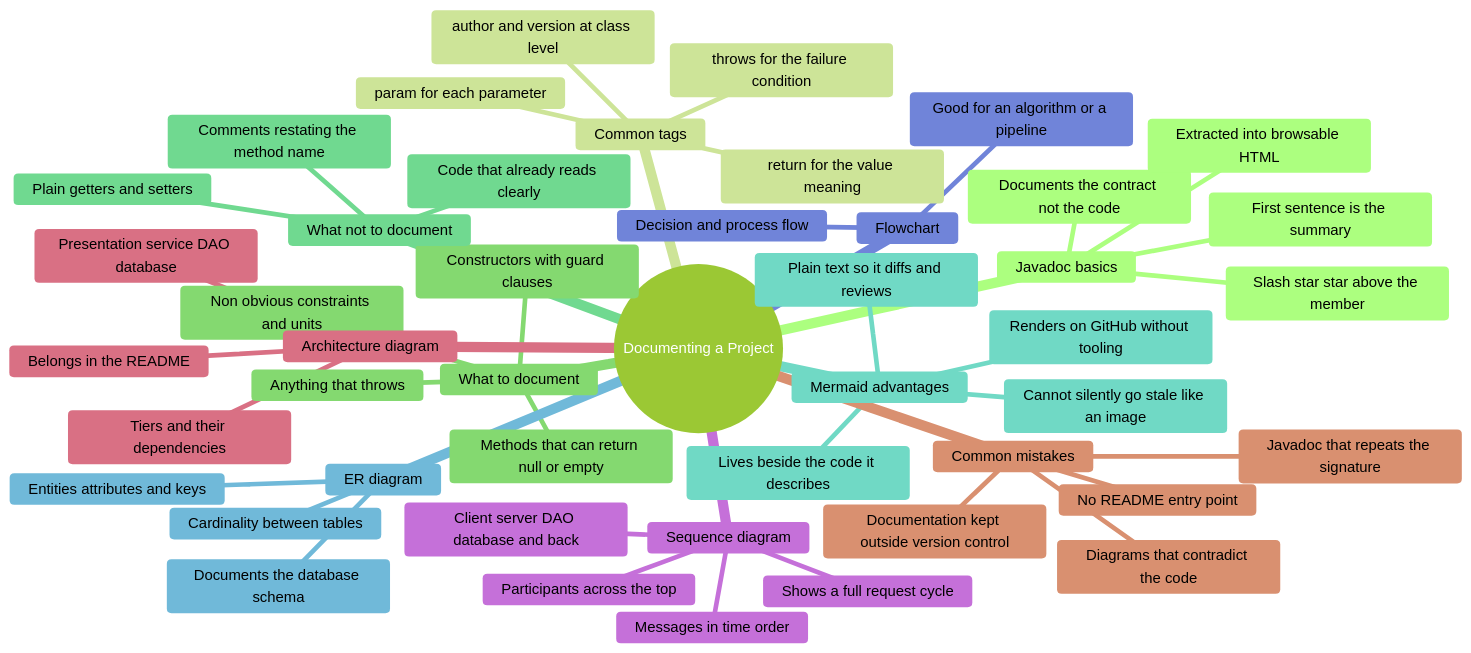
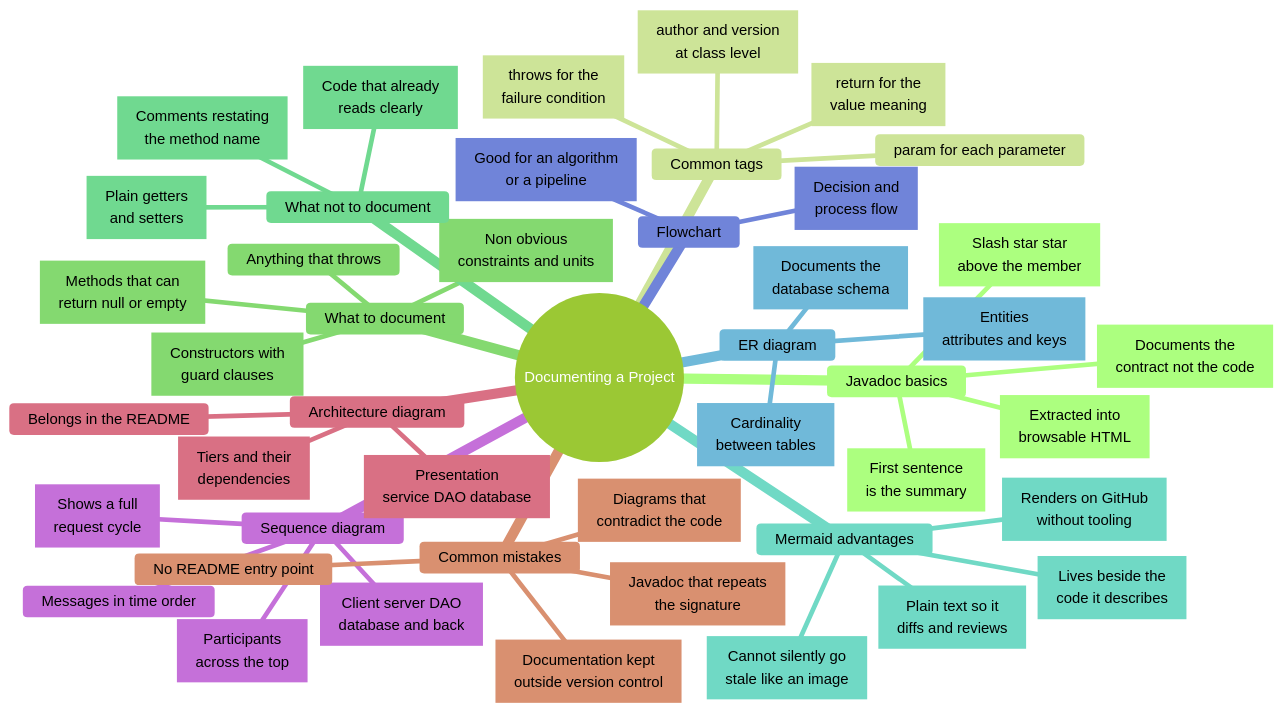
One commit to nmcguinness/L8-OOP-Module-Content changed the third of 3 diagrams in notes/shared/mind maps/revision_t23_t25.md. Above: the diagram before and after it, drawn with Mermaid. The commit also changed other lines of this file and 421 other files, not shown here.

Commit message:
Updated mermaid diagrams and note layout for topics 9-24.

````diff
--- a/notes/shared/mind maps/revision_t23_t25.md
+++ b/notes/shared/mind maps/revision_t23_t25.md
@@ -358,61 +413,91 @@
 title: "Documenting a Project"
 accDescr: "Mind map of Documenting a Project. Branches: Javadoc basics; Common tags; What to document; What not to document; Mermaid advantages; ER diagram; Flowchart; Sequence diagram; Architecture diagram; Common mistakes."
 ---
-%%{init: { "theme": "forest" }}%%
+%%{init: { "theme": "forest", "markdownAutoWrap": false, "mindmap": { "maxNodeWidth": 300 } }}%%
 mindmap
   root((Documenting a Project))
     Javadoc basics
-      Slash star star above the member
-      First sentence is the summary
-      Documents the contract not the code
-      Extracted into browsable HTML
+      n1["`Slash star star
+      above the member`"]
+      n2["`First sentence
+      is the summary`"]
+      n3["`Documents the
+      contract not the code`"]
+      n4["`Extracted into
+      browsable HTML`"]
 
     Common tags
       param for each parameter
-      return for the value meaning
-      throws for the failure condition
-      author and version at class level
+      n5["`return for the
+      value meaning`"]
+      n6["`throws for the
+      failure condition`"]
+      n7["`author and version
+      at class level`"]
 
     What to document
-      Constructors with guard clauses
-      Methods that can return null or empty
+      n8["`Constructors with
+      guard clauses`"]
+      n9["`Methods that can
+      return null or empty`"]
       Anything that throws
-      Non obvious constraints and units
+      n10["`Non obvious
+      constraints and units`"]
 
     What not to document
-      Plain getters and setters
-      Comments restating the method name
-      Code that already reads clearly
+      n11["`Plain getters
+      and setters`"]
+      n12["`Comments restating
+      the method name`"]
+      n13["`Code that already
+      reads clearly`"]
 
     Mermaid advantages
-      Plain text so it diffs and reviews
-      Lives beside the code it describes
-      Renders on GitHub without tooling
-      Cannot silently go stale like an image
+      n14["`Plain text so it
+      diffs and reviews`"]
+      n15["`Lives beside the
+      code it describes`"]
+      n16["`Renders on GitHub
+      without tooling`"]
+      n17["`Cannot silently go
+      stale like an image`"]
 
     ER diagram
-      Entities attributes and keys
-      Cardinality between tables
-      Documents the database schema
+      n18["`Entities
+      attributes and keys`"]
+      n19["`Cardinality
+      between tables`"]
+      n20["`Documents the
+      database schema`"]
 
     Flowchart
-      Decision and process flow
-      Good for an algorithm or a pipeline
+      n21["`Decision and
+      process flow`"]
+      n22["`Good for an algorithm
+      or a pipeline`"]
 
     Sequence diagram
-      Participants across the top
+      n23["`Participants
+      across the top`"]
       Messages in time order
-      Shows a full request cycle
-      Client server DAO database and back
+      n24["`Shows a full
+      request cycle`"]
+      n25["`Client server DAO
+      database and back`"]
 
     Architecture diagram
-      Tiers and their dependencies
-      Presentation service DAO database
+      n26["`Tiers and their
+      dependencies`"]
+      n27["`Presentation
+      service DAO database`"]
       Belongs in the README
 
     Common mistakes
-      Javadoc that repeats the signature
-      Diagrams that contradict the code
-      Documentation kept outside version control
+      n28["`Javadoc that repeats
+      the signature`"]
+      n29["`Diagrams that
+      contradict the code`"]
+      n30["`Documentation kept
+      outside version control`"]
       No README entry point
 ```
````
